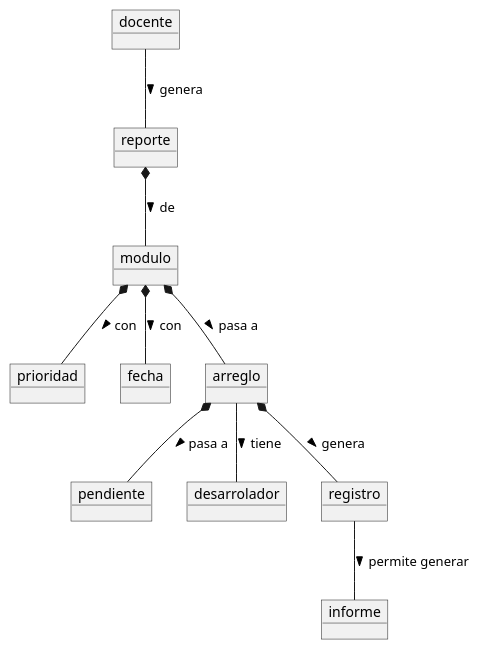
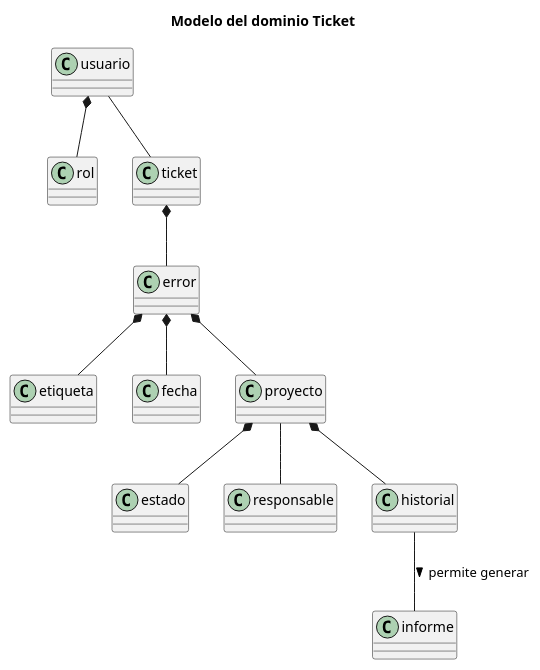
The diagram in modelosUML/ModeloDelDominioTicket.puml (mmasias/23-24-IdSw1-SDR), drawn with PlantUML before and after one commit. The commit also changed 2 other files, not shown here.

```diff
--- a/modelosUML/ModeloDelDominioTicket.puml
+++ b/modelosUML/ModeloDelDominioTicket.puml
@@ -2,25 +1,32 @@
-@startuml
-object "docente" as usuario
-object "reporte" as ticket
-object "modulo" as error
-object "prioridad" as etiqueta
-object "fecha" as fecha
-object "arreglo" as proyecto
-object "pendiente" as estado
-object "desarrolador" as responsable
-object "registro" as historial
-object "informe" as informe
+@startuml Modelo del dominio Ticket
+'https://plantuml.com/sequence-diagram
+title Modelo del dominio Ticket
 
-usuario -- ticket: > genera
-ticket *-- error: > de
-error *-- etiqueta: > con
-error *-- fecha: > con
-error *-- proyecto: > pasa a
-proyecto *-- estado: > pasa a
-proyecto -- responsable: > tiene
-proyecto *-- historial: > genera
+
+
+class error 
+class estado
+class etiqueta
+class fecha
+class responsable
+class rol 
+class informe 
+class historial
+class proyecto 
+
+
+usuario -- ticket
+ticket *-- error
+usuario *-- rol
+error *-- etiqueta
+error *-- proyecto
+proyecto *-- estado
+proyecto -- responsable
+error *-- fecha
+proyecto *-- historial
 
 historial -d- informe : > permite generar
 
 
+
 @enduml
```
